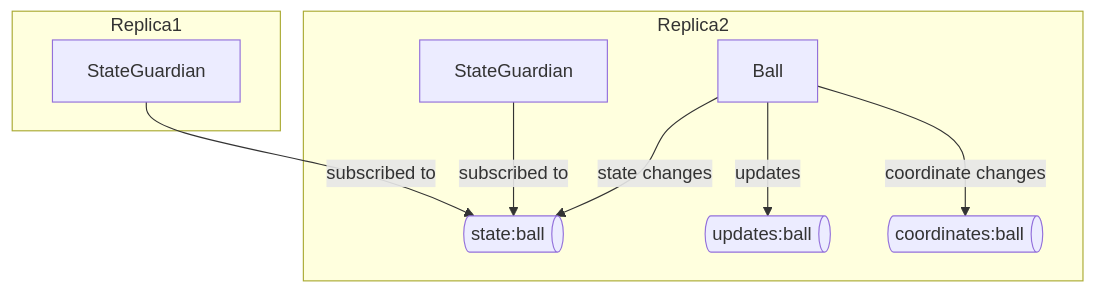
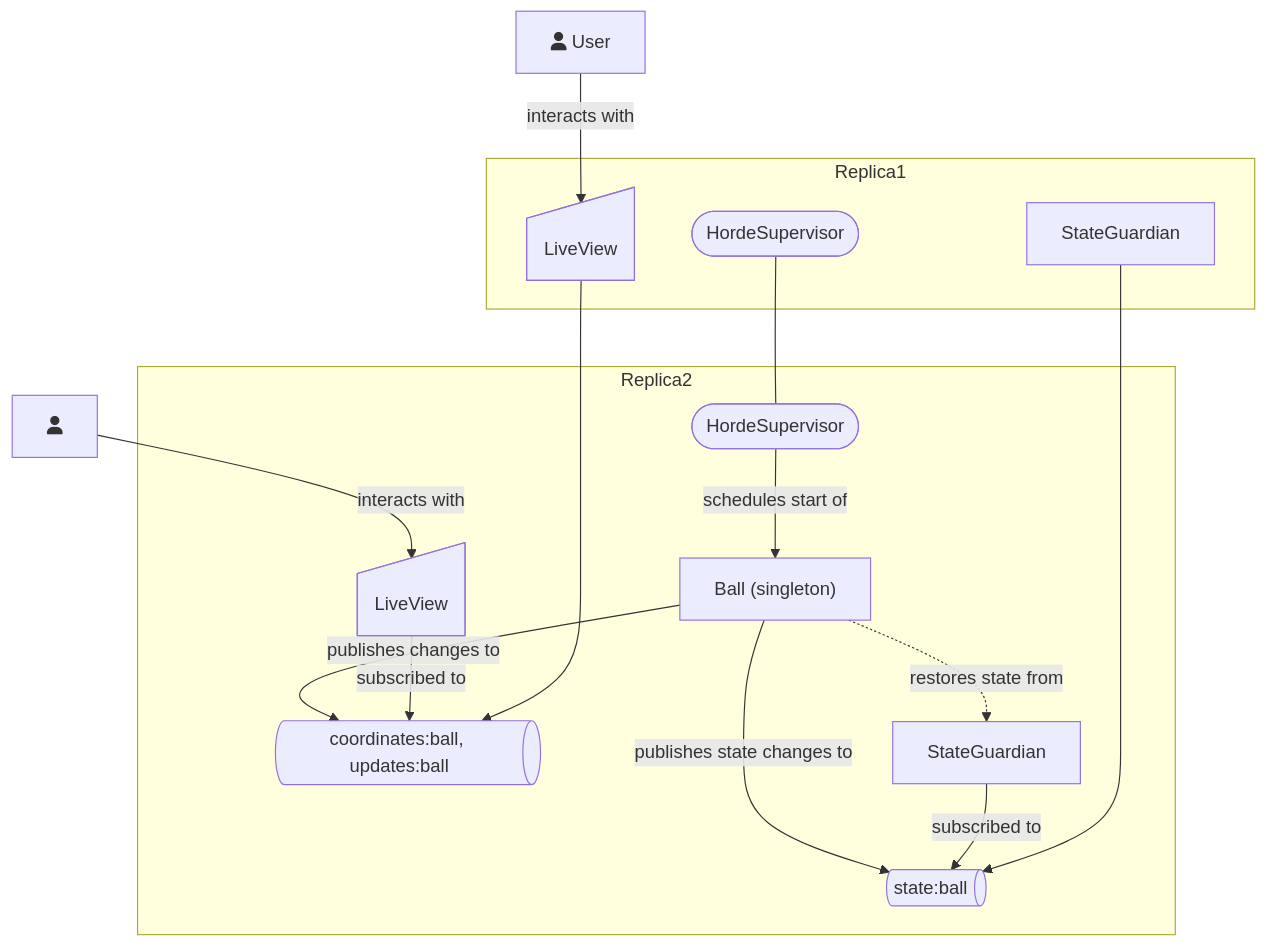
Before and after one commit to d-led/ssr-robust-live-svg: the diagram in README.md, drawn with Mermaid.

Commit message:
live view added to the sketch

````diff
--- a/README.md
+++ b/README.md
@@ -102,12 +102,19 @@
 ```mermaid
 flowchart TB
+    User1["fa:fa-user User"] -- interacts with --> LiveView2
+    User2["fa:fa-user"] -- interacts with --> LiveView1
     subgraph Replica2
-    Ball-- state changes -->BallStateTopic@{ shape: das, label: "state:ball" }
-    Ball-- updates -->BallUpdatesTopic@{ shape: das, label: "updates:ball" }
-    Ball-- coordinate changes -->BallCoordinatesTopic@{ shape: das, label: "coordinates:ball" }
+    HordeSupervisor1([HordeSupervisor]) -- schedules start of --> Ball
+    Ball["Ball (singleton)"]-- publishes state changes to -->BallStateTopic@{ shape: das, label: "state:ball" }
+    %% Ball-- updates -->BallUpdatesTopic@{ shape: das, label: "updates:ball" }
+    Ball-- publishes changes to -->BallCoordinatesTopic@{ shape: das, label: "coordinates:ball, updates:ball" }
     StateGuardian1[StateGuardian] -- subscribed to --> BallStateTopic
+    Ball -. restores state from .-> StateGuardian1 
+    LiveView1@{ shape: manual-input, label: "LiveView"} -- subscribed to --> BallCoordinatesTopic
     end
     subgraph Replica1
-    StateGuardian2[StateGuardian] -- subscribed to --> BallStateTopic
+    StateGuardian2[StateGuardian] --> BallStateTopic
+    HordeSupervisor2([HordeSupervisor]) ---  HordeSupervisor1
+    LiveView2@{ shape: manual-input, label: "LiveView"} --> BallCoordinatesTopic
     end
 ```
````
